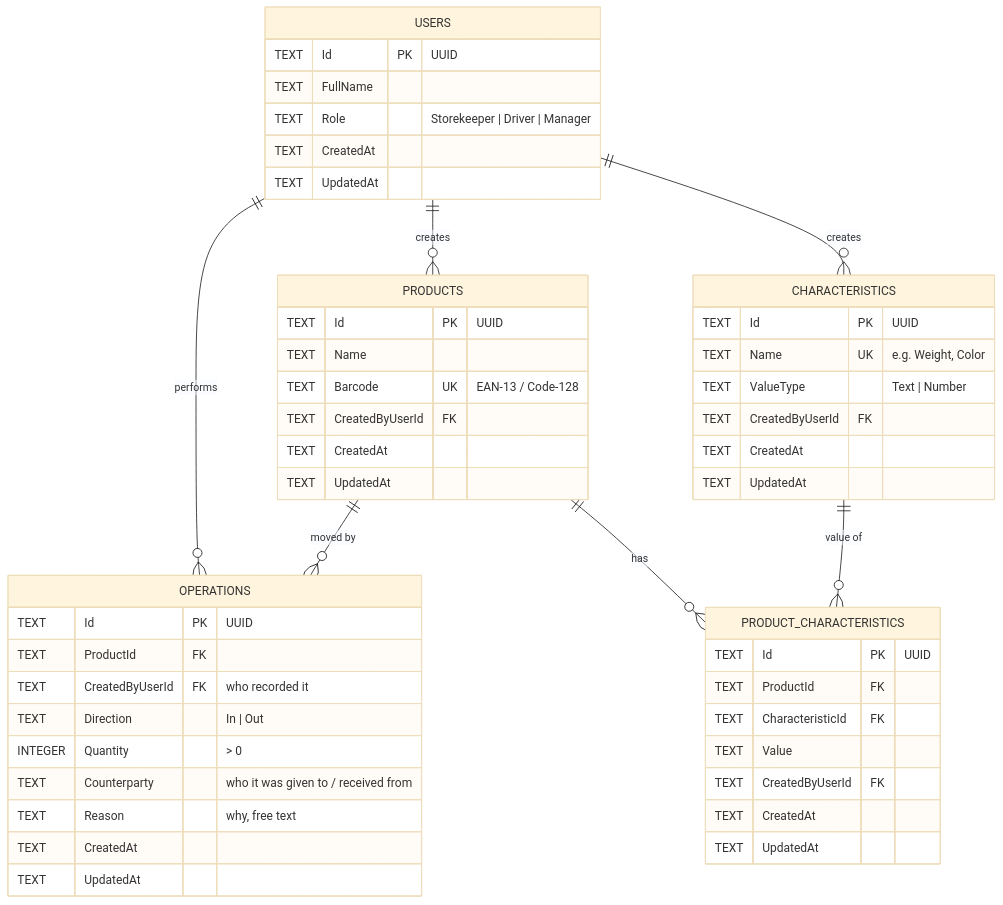
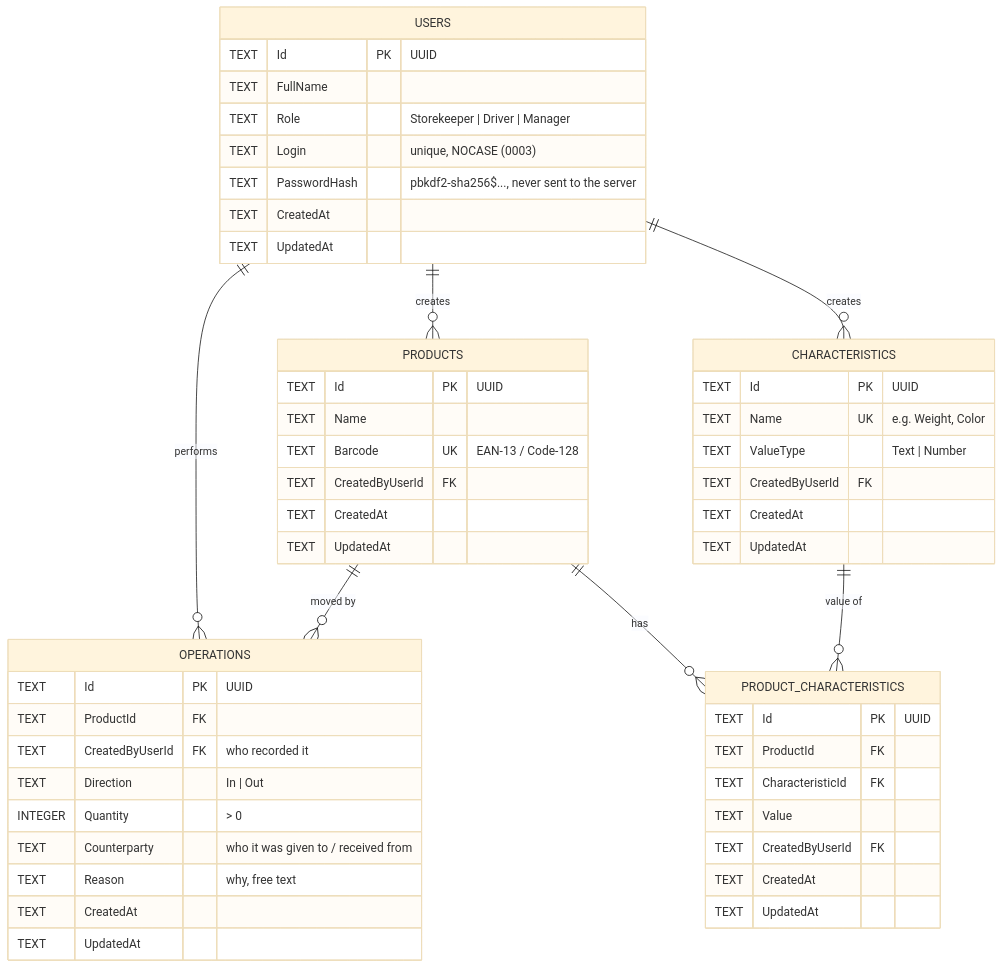
The first of 2 diagrams in docs/domain/domain-model.md (VladTetyorko/tdma-lab1-input-form-maui), drawn with Mermaid (base theme) before and after one commit. The commit also changed other lines of this file and 9 other files, not shown here.

````diff
--- a/docs/domain/domain-model.md
+++ b/docs/domain/domain-model.md
@@ -54,53 +59,55 @@
 ```mermaid
 erDiagram
     USERS ||--o{ OPERATIONS : performs
     USERS ||--o{ PRODUCTS : creates
     USERS ||--o{ CHARACTERISTICS : creates
     PRODUCTS ||--o{ OPERATIONS : "moved by"
     PRODUCTS ||--o{ PRODUCT_CHARACTERISTICS : has
     CHARACTERISTICS ||--o{ PRODUCT_CHARACTERISTICS : "value of"
 
     USERS {
         TEXT Id PK "UUID"
         TEXT FullName
         TEXT Role "Storekeeper | Driver | Manager"
+        TEXT Login "unique, NOCASE (0003)"
+        TEXT PasswordHash "pbkdf2-sha256$..., never sent to the server"
         TEXT CreatedAt
         TEXT UpdatedAt
     }
     PRODUCTS {
         TEXT Id PK "UUID"
         TEXT Name
         TEXT Barcode UK "EAN-13 / Code-128"
         TEXT CreatedByUserId FK
         TEXT CreatedAt
         TEXT UpdatedAt
     }
     CHARACTERISTICS {
         TEXT Id PK "UUID"
         TEXT Name UK "e.g. Weight, Color"
         TEXT ValueType "Text | Number"
         TEXT CreatedByUserId FK
         TEXT CreatedAt
         TEXT UpdatedAt
     }
     PRODUCT_CHARACTERISTICS {
         TEXT Id PK "UUID"
         TEXT ProductId FK
         TEXT CharacteristicId FK
         TEXT Value
         TEXT CreatedByUserId FK
         TEXT CreatedAt
         TEXT UpdatedAt
     }
     OPERATIONS {
         TEXT Id PK "UUID"
         TEXT ProductId FK
         TEXT CreatedByUserId FK "who recorded it"
         TEXT Direction "In | Out"
         INTEGER Quantity "> 0"
         TEXT Counterparty "who it was given to / received from"
         TEXT Reason "why, free text"
         TEXT CreatedAt
         TEXT UpdatedAt
     }
 ```
````
